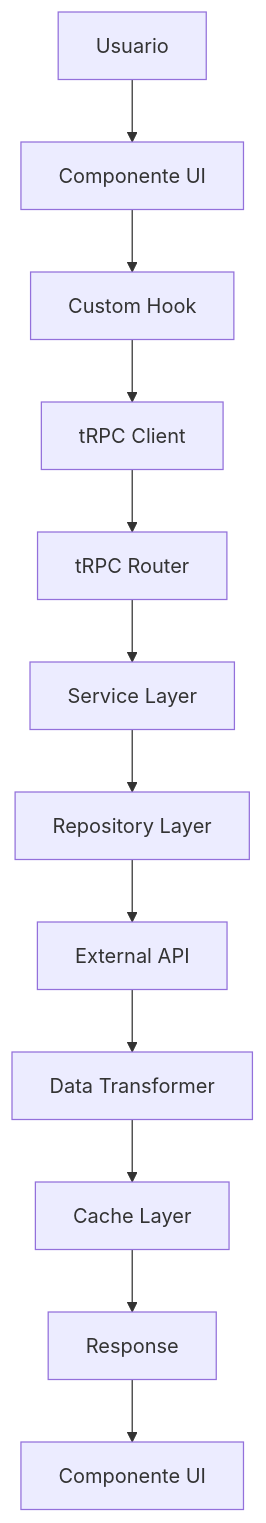
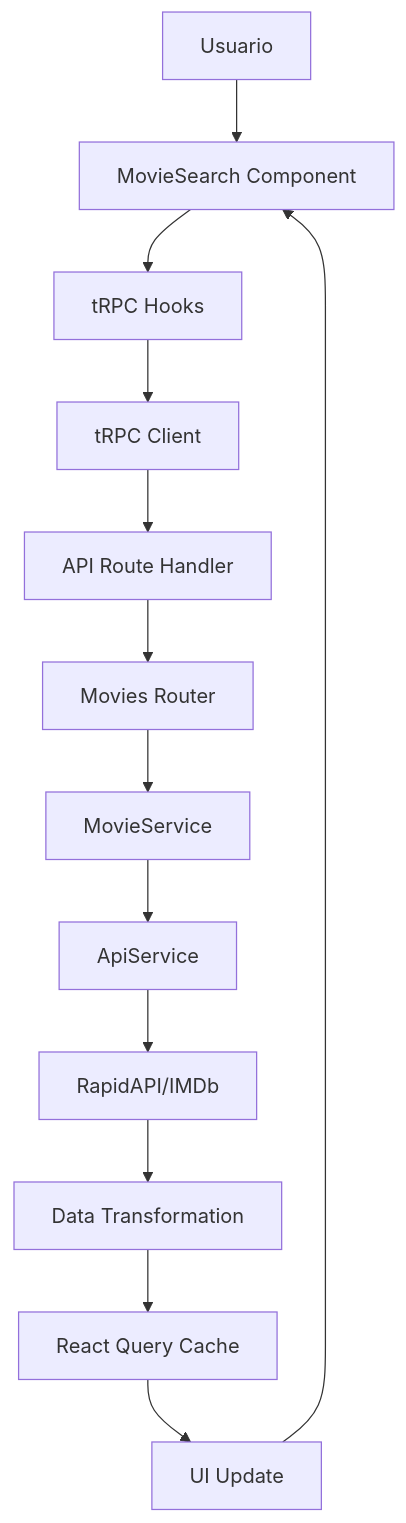
One commit to JoanMateo77/desarollo-movies-v3 changed the diagram in README.md. Above: the diagram before and after it, drawn with Mermaid. The commit also changed other lines of this file and 29 other files, not shown here.

````diff
--- a/README.md
+++ b/README.md
@@ -227,14 +222,15 @@
 ```mermaid
 graph TD
-    A[Usuario] --> B[Componente UI]
-    B --> C[Custom Hook]
+    A[Usuario] --> B[MovieSearch Component]
+    B --> C[tRPC Hooks]
     C --> D[tRPC Client]
-    D --> E[tRPC Router]
-    E --> F[Service Layer]
-    F --> G[Repository Layer]
-    G --> H[External API]
-    H --> I[Data Transformer]
-    I --> J[Cache Layer]
-    J --> K[Response]
-    K --> L[Componente UI]
+    D --> E[API Route Handler]
+    E --> F[Movies Router]
+    F --> G[MovieService]
+    G --> H[ApiService]
+    H --> I[RapidAPI/IMDb]
+    I --> J[Data Transformation]
+    J --> K[React Query Cache]
+    K --> L[UI Update]
+    L --> B
 ```
````
